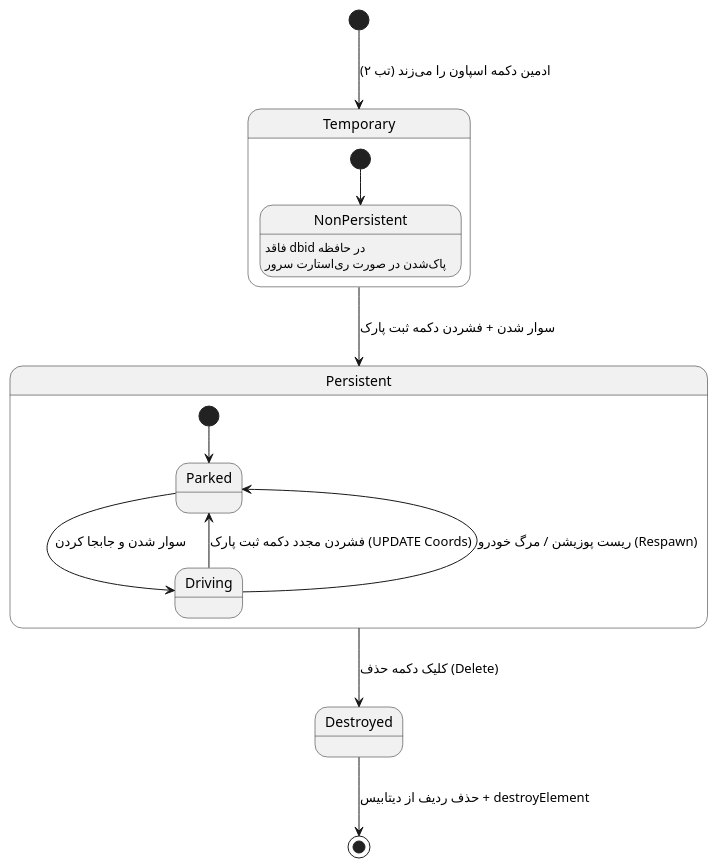
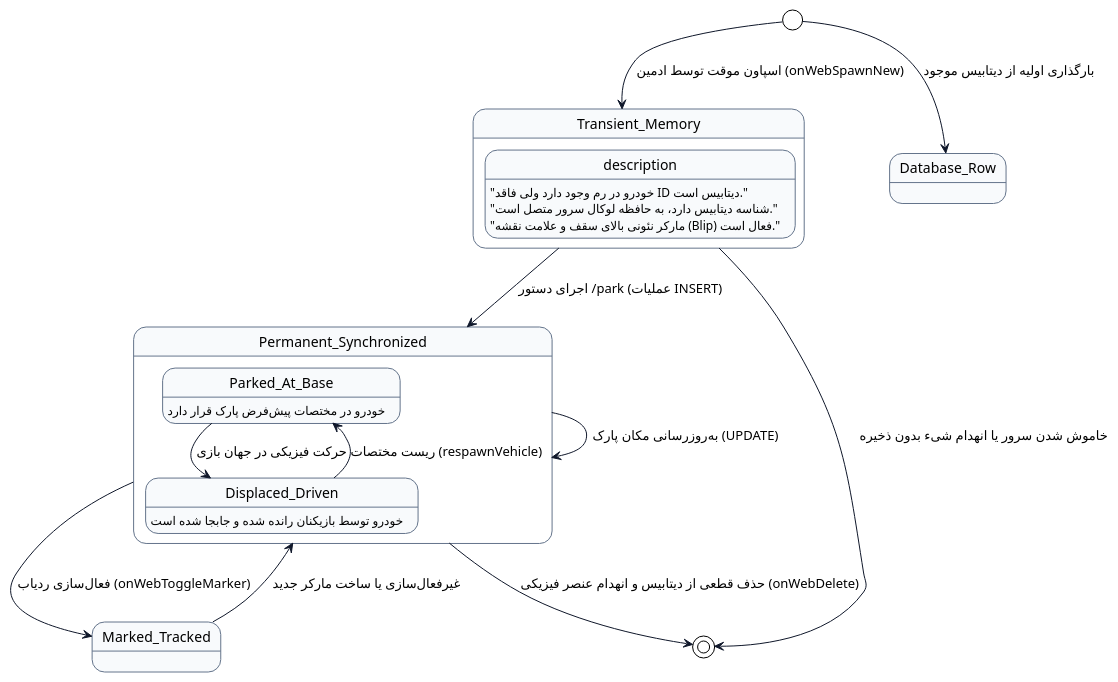
One commit to Silent-Galaxy/SilentRP changed the sixth of 7 diagrams in resources/admin_vehicles/ReadMe.md. Above: the diagram before and after it, drawn with PlantUML. The commit also changed other lines of this file, not shown here.

````diff
--- a/resources/admin_vehicles/ReadMe.md
+++ b/resources/admin_vehicles/ReadMe.md
@@ -151,22 +476,38 @@
-```plantuml
 @startuml
-[*] --> Temporary : ادمین دکمه اسپاون را می‌زند (تب ۲)
-
-state Temporary {
-  [*] --> NonPersistent
-  NonPersistent : فاقد dbid در حافظه
-  NonPersistent : پاک‌شدن در صورت ری‌استارت سرور
+!theme plain
+skinparam state {
+    BackgroundColor #F8FAFC
+    BorderColor #64748B
+    ArrowColor #0F172A
 }
 
-Temporary --> Persistent : سوار شدن + فشردن دکمه ثبت پارک
-state Persistent {
-  [*] --> Parked
-  Parked --> Driving : سوار شدن و جابجا کردن
-  Driving --> Parked : فشردن مجدد دکمه ثبت پارک (UPDATE Coords)
-  Driving --> Parked : ریست پوزیشن / مرگ خودرو (Respawn)
+[*] --> Transient_Memory : اسپاون موقت توسط ادمین (onWebSpawnNew)
+[*] --> Database_Row : بارگذاری اولیه از دیتابیس موجود
+
+state Transient_Memory {
+    description: "خودرو در رم وجود دارد ولی فاقد ID دیتابیس است."
 }
 
-Persistent --> Destroyed : کلیک دکمه حذف (Delete)
-Destroyed --> [*] : حذف ردیف از دیتابیس + destroyElement
+state Permanent_Synchronized {
+    description: "شناسه دیتابیس دارد، به حافظه لوکال سرور متصل است."
+    
+    state Parked_At_Base : خودرو در مختصات پیش‌فرض پارک قرار دارد
+    state Displaced_Driven : خودرو توسط بازیکنان رانده شده و جابجا شده است
+    
+    Parked_At_Base --> Displaced_Driven : حرکت فیزیکی در جهان بازی
+    Displaced_Driven --> Parked_At_Base : ریست مختصات (respawnVehicle)
+}
+
+Transient_Memory --> Permanent_Synchronized : اجرای دستور /park (عملیات INSERT)
+Permanent_Synchronized --> Permanent_Synchronized : به‌روزرسانی مکان پارک (UPDATE)
+
+state Marked_Tracked {
+    description: "مارکر نئونی بالای سقف و علامت نقشه (Blip) فعال است."
+}
+
+Permanent_Synchronized --> Marked_Tracked : فعال‌سازی ردیاب (onWebToggleMarker)
+Marked_Tracked --> Permanent_Synchronized : غیرفعال‌سازی یا ساخت مارکر جدید
+
+Permanent_Synchronized --> [*] : حذف قطعی از دیتابیس و انهدام عنصر فیزیکی (onWebDelete)
+Transient_Memory --> [*] : خاموش شدن سرور یا انهدام شیء بدون ذخیره
 @enduml
-```
````
